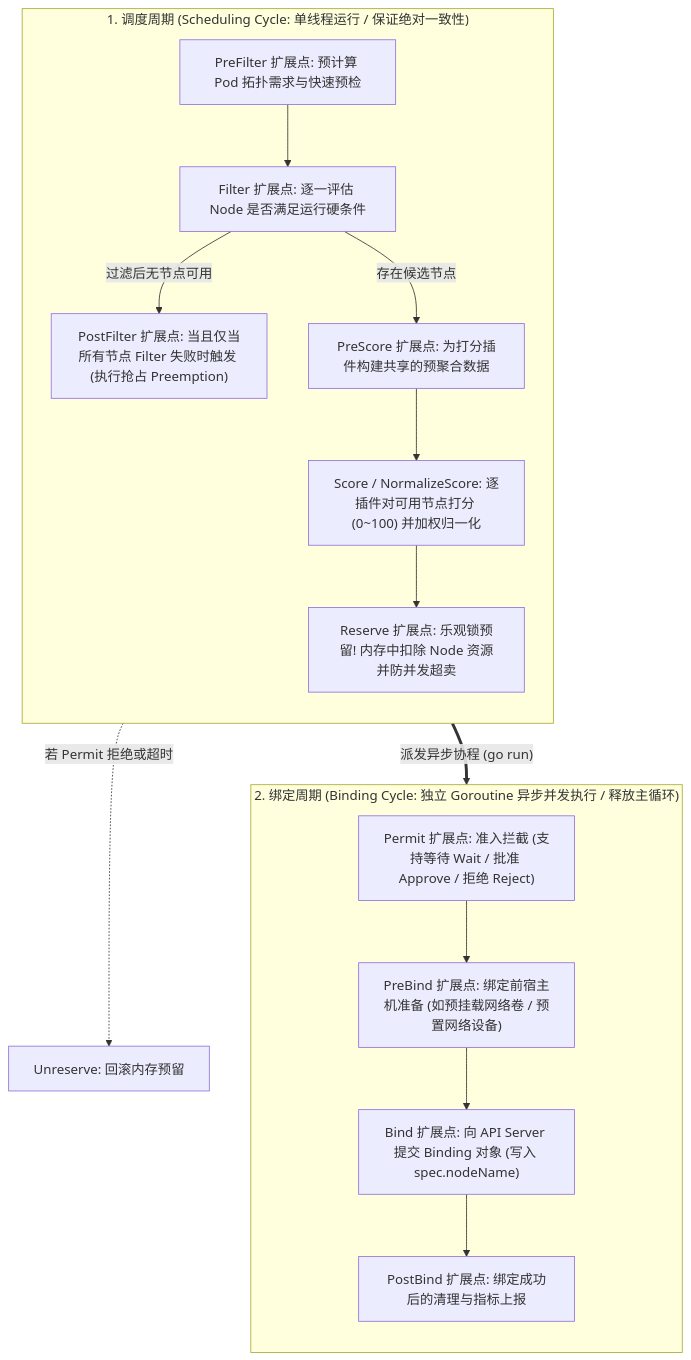
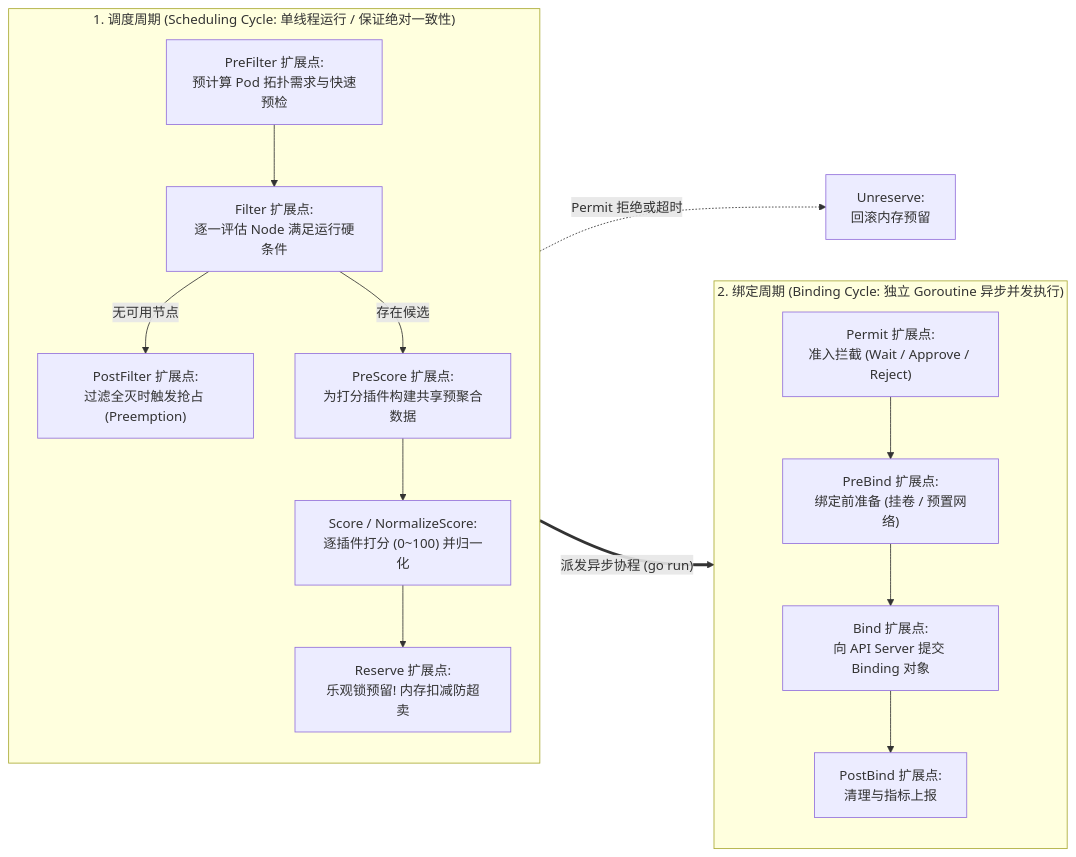
One commit to MoreConsequence/MoreConsequence.github.io changed the second of 7 diagrams in content/posts/kubernetes-internals/k8s-05-kube-scheduler-framework-plugins.md. Above: the diagram before and after it, drawn with Mermaid. The commit also changed other lines of this file and 835 other files, not shown here.

First line of the commit message:
feat(blog): 全站33篇新增深度专栏与博文全量审核上线及矢量图表优化

````diff
--- a/content/posts/kubernetes-internals/k8s-05-kube-scheduler-framework-plugins.md
+++ b/content/posts/kubernetes-internals/k8s-05-kube-scheduler-framework-plugins.md
@@ -74,33 +74,33 @@
 ```mermaid
-flowchart TB
+flowchart LR
     subgraph SchedulingCycle["1. 调度周期 (Scheduling Cycle: 单线程运行 / 保证绝对一致性)"]
         direction TB
-        PreFilter["PreFilter 扩展点: 预计算 Pod 拓扑需求与快速预检"]
-        Filter["Filter 扩展点: 逐一评估 Node 是否满足运行硬条件"]
-        PostFilter["PostFilter 扩展点: 当且仅当所有节点 Filter 失败时触发 (执行抢占 Preemption)"]
-        PreScore["PreScore 扩展点: 为打分插件构建共享的预聚合数据"]
-        Score["Score / NormalizeScore: 逐插件对可用节点打分 (0~100) 并加权归一化"]
-        Reserve["Reserve 扩展点: 乐观锁预留! 内存中扣除 Node 资源并防并发超卖"]
+        PreFilter["PreFilter 扩展点:<br/>预计算 Pod 拓扑需求与快速预检"]
+        Filter["Filter 扩展点:<br/>逐一评估 Node 满足运行硬条件"]
+        PostFilter["PostFilter 扩展点:<br/>过滤全灭时触发抢占 (Preemption)"]
+        PreScore["PreScore 扩展点:<br/>为打分插件构建共享预聚合数据"]
+        Score["Score / NormalizeScore:<br/>逐插件打分 (0~100) 并归一化"]
+        Reserve["Reserve 扩展点:<br/>乐观锁预留! 内存扣减防超卖"]
         
         PreFilter --> Filter
-        Filter -- "过滤后无节点可用" --> PostFilter
-        Filter -- "存在候选节点" --> PreScore
+        Filter -- "无可用节点" --> PostFilter
+        Filter -- "存在候选" --> PreScore
         PreScore --> Score
         Score --> Reserve
     end
 
-    subgraph BindingCycle["2. 绑定周期 (Binding Cycle: 独立 Goroutine 异步并发执行 / 释放主循环)"]
+    subgraph BindingCycle["2. 绑定周期 (Binding Cycle: 独立 Goroutine 异步并发执行)"]
         direction TB
-        Permit["Permit 扩展点: 准入拦截 (支持等待 Wait / 批准 Approve / 拒绝 Reject)"]
-        PreBind["PreBind 扩展点: 绑定前宿主机准备 (如预挂载网络卷 / 预置网络设备)"]
-        Bind["Bind 扩展点: 向 API Server 提交 Binding 对象 (写入 spec.nodeName)"]
-        PostBind["PostBind 扩展点: 绑定成功后的清理与指标上报"]
+        Permit["Permit 扩展点:<br/>准入拦截 (Wait / Approve / Reject)"]
+        PreBind["PreBind 扩展点:<br/>绑定前准备 (挂卷 / 预置网络)"]
+        Bind["Bind 扩展点:<br/>向 API Server 提交 Binding 对象"]
+        PostBind["PostBind 扩展点:<br/>清理与指标上报"]
         
         Permit --> PreBind
         PreBind --> Bind
         Bind --> PostBind
     end
 
     Reserve ==>|"派发异步协程 (go run)"| Permit
-    Reserve -. "若 Permit 拒绝或超时" .-> Unreserve["Unreserve: 回滚内存预留"]
+    Reserve -. "Permit 拒绝或超时" .-> Unreserve["Unreserve:<br/>回滚内存预留"]
 ```
````
